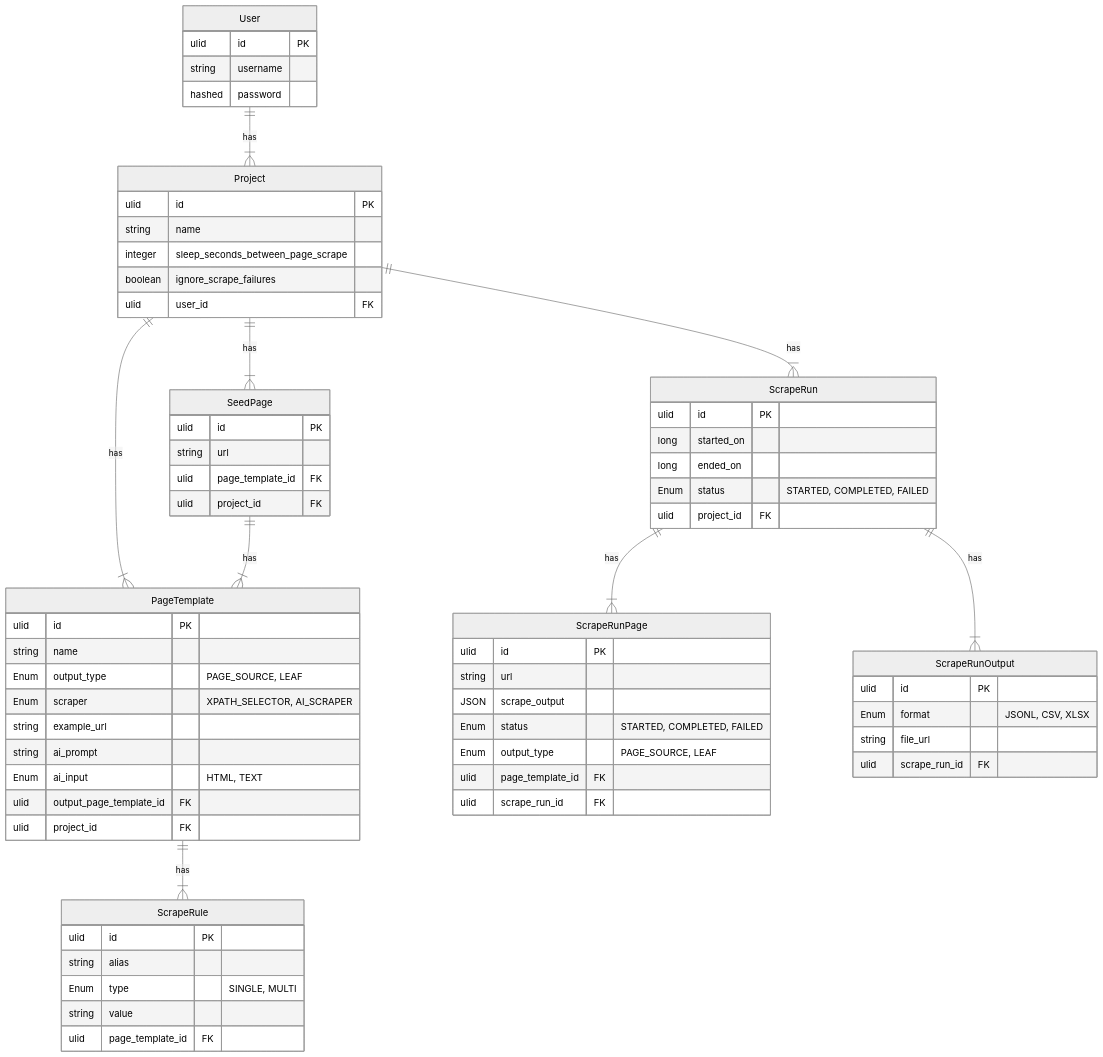
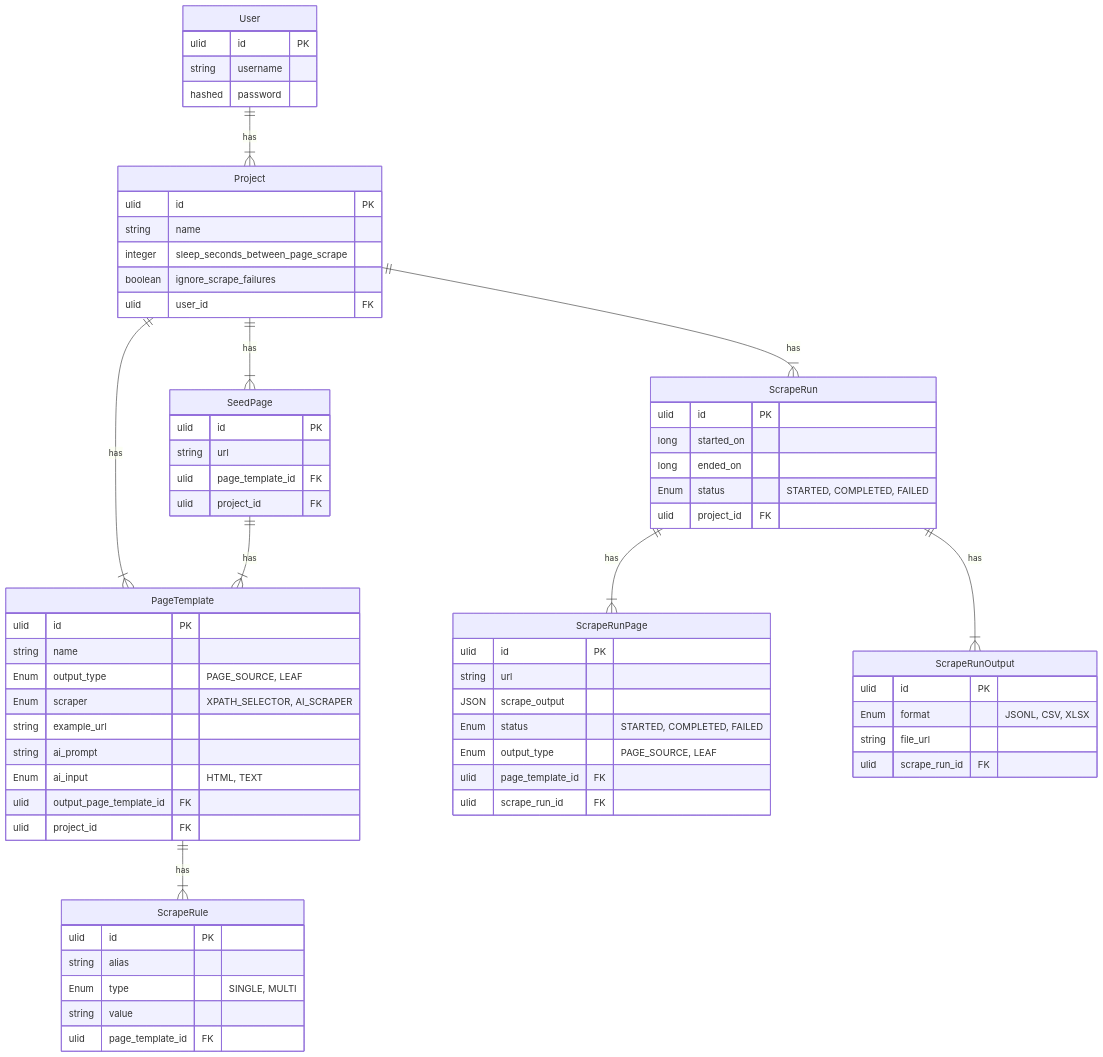
Before and after one commit to tejas0908/EasyScraper: the third of 4 diagrams in docs/README.md, drawn with Mermaid. The commit also changed other lines of this file, not shown here.

Commit message:
deployment view mermaid diagram

````diff
--- a/docs/README.md
+++ b/docs/README.md
@@ -48,74 +38,69 @@
 ```mermaid
-%%{
-    init: {
-        'theme': 'neutral'
-    }
-}%%
 erDiagram
     User{
         ulid id PK
         string username
         hashed password
     }
     Project{
         ulid id PK
         string name
         integer sleep_seconds_between_page_scrape
         boolean ignore_scrape_failures
         ulid user_id FK
     }
     PageTemplate{
         ulid id PK
         string name
         Enum output_type "PAGE_SOURCE, LEAF"
         Enum scraper "XPATH_SELECTOR, AI_SCRAPER"
         string example_url
         string ai_prompt
         Enum ai_input "HTML, TEXT"
         ulid output_page_template_id FK
         ulid project_id FK
     }
     SeedPage{
         ulid id PK
         string url
         ulid page_template_id FK
         ulid project_id FK
     }
     ScrapeRule{
         ulid id PK
         string alias
         Enum type "SINGLE, MULTI"
         string value
         ulid page_template_id FK
     }
     ScrapeRun{
         ulid id PK
         long started_on
         long ended_on
         Enum status "STARTED, COMPLETED, FAILED"
         ulid project_id FK
     }
     ScrapeRunPage{
         ulid id PK
         string url
         JSON scrape_output
         Enum status "STARTED, COMPLETED, FAILED"
         Enum output_type "PAGE_SOURCE, LEAF"
         ulid page_template_id FK
         ulid scrape_run_id FK
     }
     ScrapeRunOutput{
         ulid id PK
         Enum format "JSONL, CSV, XLSX"
         string file_url
         ulid scrape_run_id FK
     }
     User ||--|{ Project : has
     Project ||--|{ SeedPage : has
     Project ||--|{ PageTemplate: has
     PageTemplate ||--|{ ScrapeRule: has
     Project ||--|{ ScrapeRun : has
     ScrapeRun ||--|{ ScrapeRunPage : has
     ScrapeRun ||--|{ ScrapeRunOutput : has
     SeedPage ||--|{ PageTemplate : has
 ```
````
